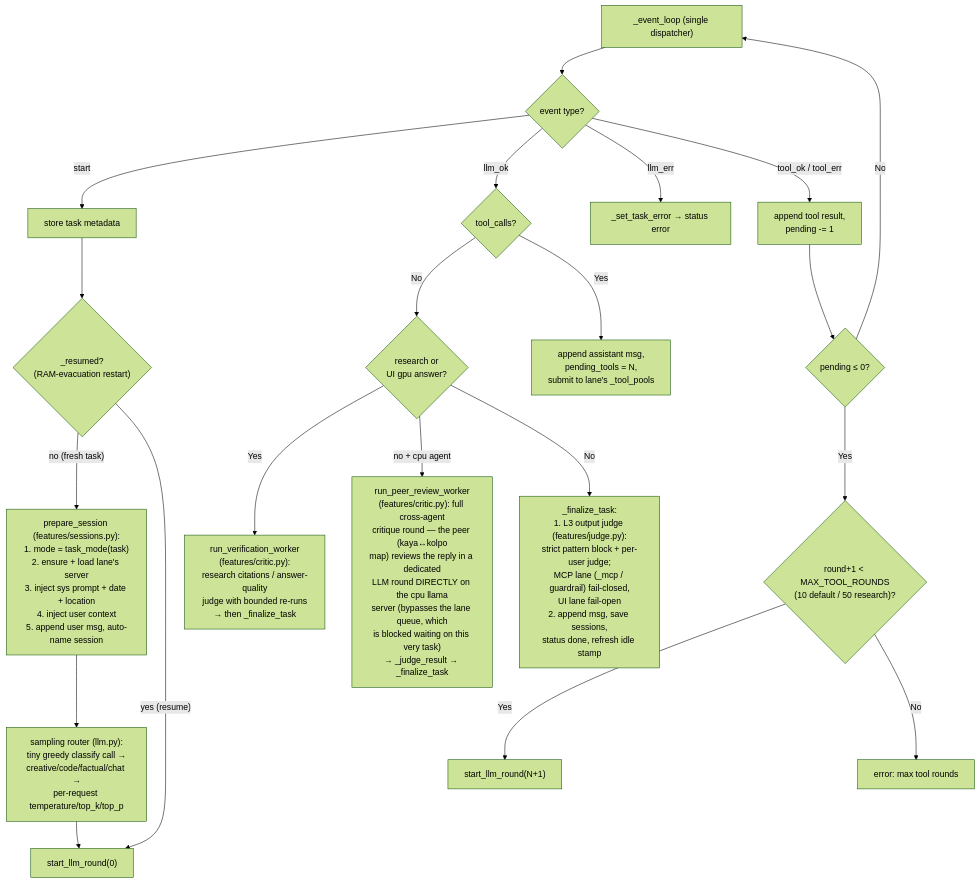
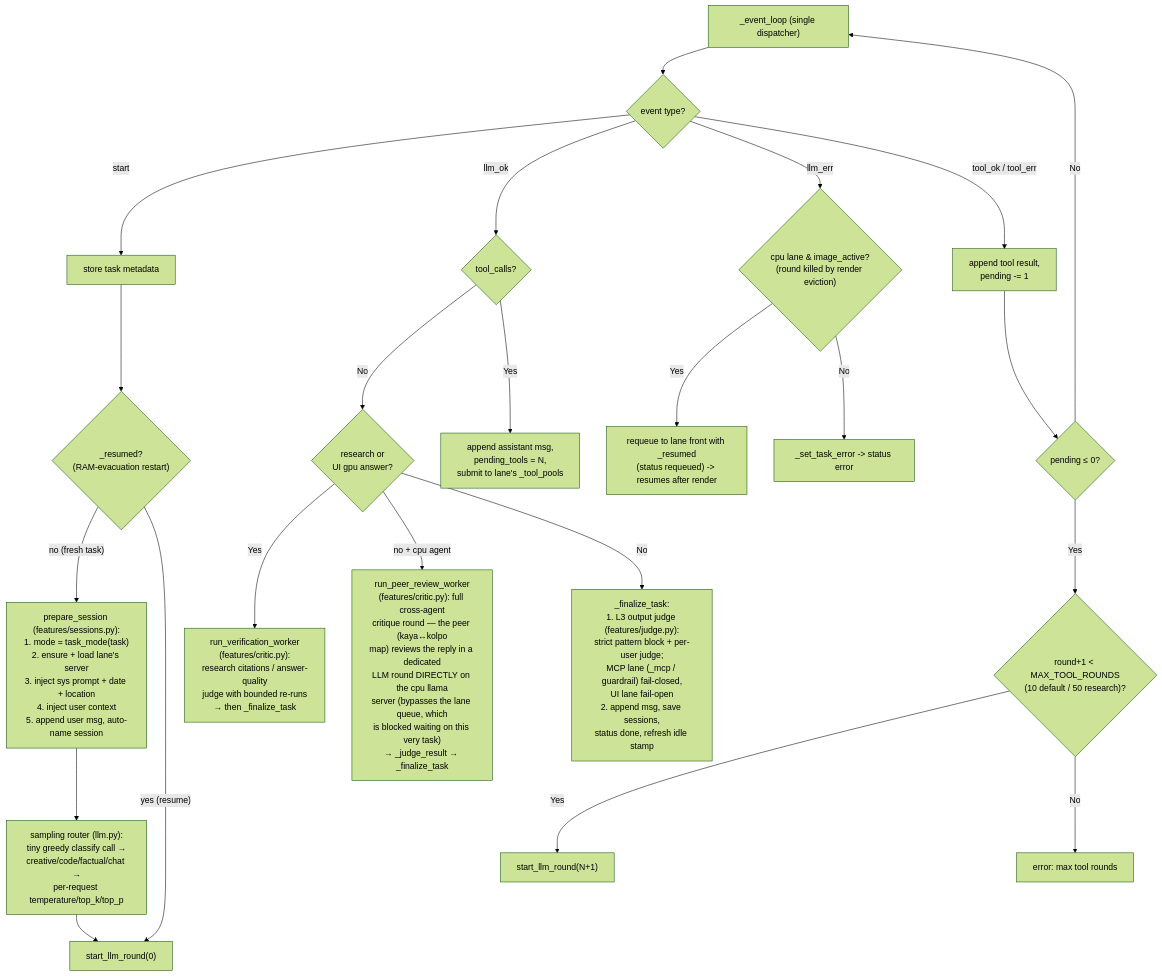
The ninth of 13 diagrams in ARCHITECTURE.md (Palash90/local-ai), drawn with Mermaid (forest theme) before and after one commit. The commit also changed other lines of this file and 3 other files, not shown here.

````diff
--- a/ARCHITECTURE.md
+++ b/ARCHITECTURE.md
@@ -331,23 +338,25 @@
 ```mermaid
 graph TD
     E1["_event_loop (single dispatcher)"] --> EvDispatch{"event type?"}
     EvDispatch -- "start" --> EvStart["store task metadata"] --> Resumed{"_resumed?\n(RAM-evacuation restart)"}
     Resumed -- "no (fresh task)" --> Prep["prepare_session (features/sessions.py):\n1. mode = task_mode(task)\n2. ensure + load lane's server\n3. inject sys prompt + date + location\n4. inject user context\n5. append user msg, auto-name session"] --> Router["sampling router (llm.py):\ntiny greedy classify call →\ncreative/code/factual/chat →\nper-request temperature/top_k/top_p"]
     Router --> Round0["start_llm_round(0)"]
     Resumed -- "yes (resume)" --> Round0
 
     EvDispatch -- "llm_ok" --> LLMOK{"tool_calls?"}
     LLMOK -- No --> VGate{"research or\nUI gpu answer?"}
     VGate -- Yes --> Critic2["run_verification_worker\n(features/critic.py):\nresearch citations / answer-quality\njudge with bounded re-runs\n→ then _finalize_task"]
     VGate -- "no + cpu agent" --> Peer["run_peer_review_worker\n(features/critic.py): full cross-agent\ncritique round — the peer (kaya↔kolpo\nmap) reviews the reply in a dedicated\nLLM round DIRECTLY on the cpu llama\nserver (bypasses the lane queue, which\nis blocked waiting on this very task)\n→ _judge_result → _finalize_task"]
     VGate -- No --> Final["_finalize_task:\n1. L3 output judge (features/judge.py):\nstrict pattern block + per-user judge;\nMCP lane (_mcp / guardrail) fail-closed,\nUI lane fail-open\n2. append msg, save sessions,\nstatus done, refresh idle stamp"]
     LLMOK -- Yes --> SubmitTools["append assistant msg,\npending_tools = N,\nsubmit to lane's _tool_pools"]
 
-    EvDispatch -- "llm_err" --> LLMErr["_set_task_error → status error"]
+    EvDispatch -- "llm_err" --> LLMErr{"cpu lane & image_active?\n(round killed by render eviction)"}
+    LLMErr -- Yes --> Requeue["requeue to lane front with _resumed\n(status requeued) -> resumes after render"]
+    LLMErr -- No --> SetErr["_set_task_error -> status error"]
     EvDispatch -- "tool_ok / tool_err" --> ToolOK["append tool result,\npending -= 1"]
     ToolOK --> AllDone{"pending ≤ 0?"}
     AllDone -- No --> E1
     AllDone -- Yes --> RoundCap{"round+1 < MAX_TOOL_ROUNDS\n(10 default / 50 research)?"}
     RoundCap -- Yes --> NextRound["start_llm_round(N+1)"]
     RoundCap -- No --> MaxErr["error: max tool rounds"]
 ```
````
